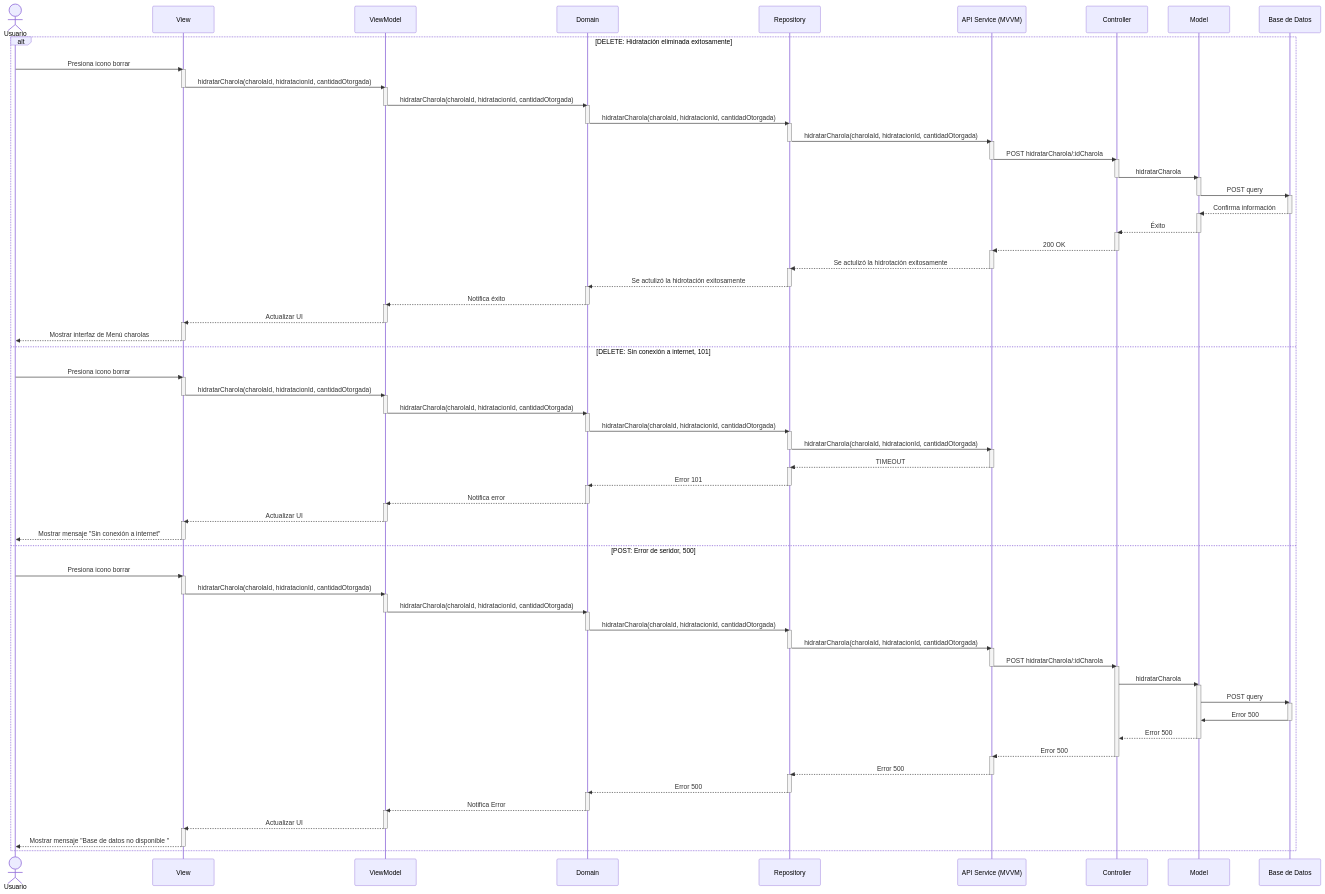
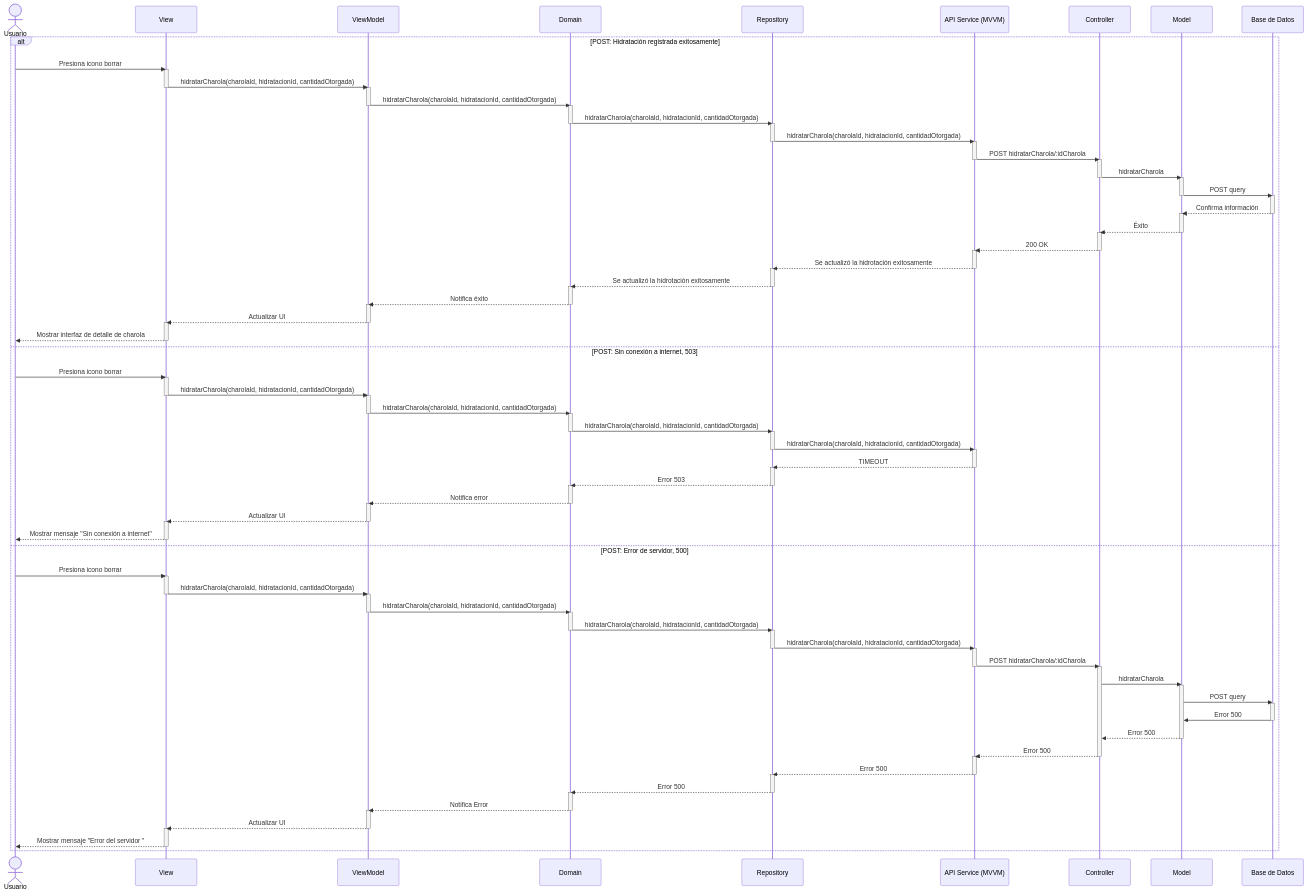
One commit to CodeAnd-Co/Documentacion changed the diagram in documentation/docs/proyectos/larvas/documentacion/requisitos/RF42.md. Above: the diagram before and after it, drawn with Mermaid. The commit also changed other lines of this file, not shown here.

Commit message:
Correcciones al diseño de RF42

```diff
--- a/documentation/docs/proyectos/larvas/documentacion/requisitos/RF42.md
+++ b/documentation/docs/proyectos/larvas/documentacion/requisitos/RF42.md
@@ -42,7 +42,7 @@
     participant Model as Model
     participant Database as Base de Datos    
 
-    alt DELETE: Hidratación eliminada exitosamente
+    alt POST: Hidratación registrada exitosamente
         Usuario->>View: Presiona icono borrar
         activate View
 
@@ -86,11 +86,11 @@
         deactivate Controller
         activate APIService
 
-        APIService-->>Repository: Se actulizó la hidrotación exitosamente
+        APIService-->>Repository: Se actualizó la hidrotación exitosamente
         deactivate APIService
         activate Repository
 
-        Repository-->>Domain: Se actulizó la hidrotación exitosamente
+        Repository-->>Domain: Se actualizó la hidrotación exitosamente
         deactivate Repository
         activate Domain
 
@@ -102,11 +102,11 @@
         deactivate ViewModel
         activate View
 
-        View-->>Usuario: Mostrar interfaz de Menú charolas
+        View-->>Usuario: Mostrar interfaz de detalle de charola
         deactivate View
     
 
-    else DELETE: Sin conexión a internet, 101
+    else POST: Sin conexión a internet, 503
         Usuario->>View: Presiona icono borrar
         activate View
 
@@ -130,7 +130,7 @@
         deactivate APIService
         activate Repository
 
-        Repository-->>Domain: Error 101
+        Repository-->>Domain: Error 503
         deactivate Repository
         activate Domain
 
@@ -145,7 +145,7 @@
         View-->>Usuario: Mostrar mensaje "Sin conexión a internet"
         deactivate View
         
-    else POST: Error de seridor, 500
+    else POST: Error de servidor, 500
         Usuario->>View: Presiona icono borrar
         activate View
 
@@ -205,7 +205,7 @@
         deactivate ViewModel
         activate View
 
-        View-->>Usuario: Mostrar mensaje "Base de datos no disponible "
+        View-->>Usuario: Mostrar mensaje "Error del servidor "
         deactivate View
 
     end  
```
